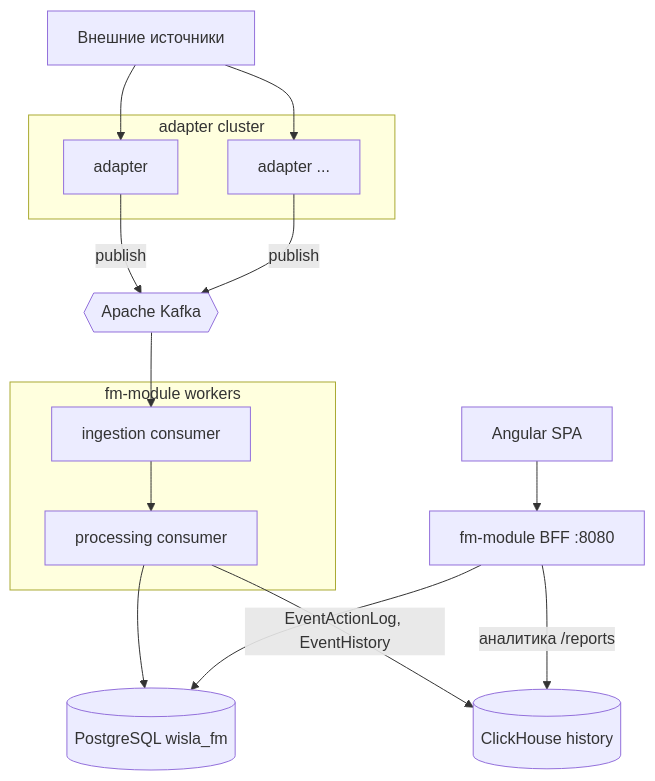
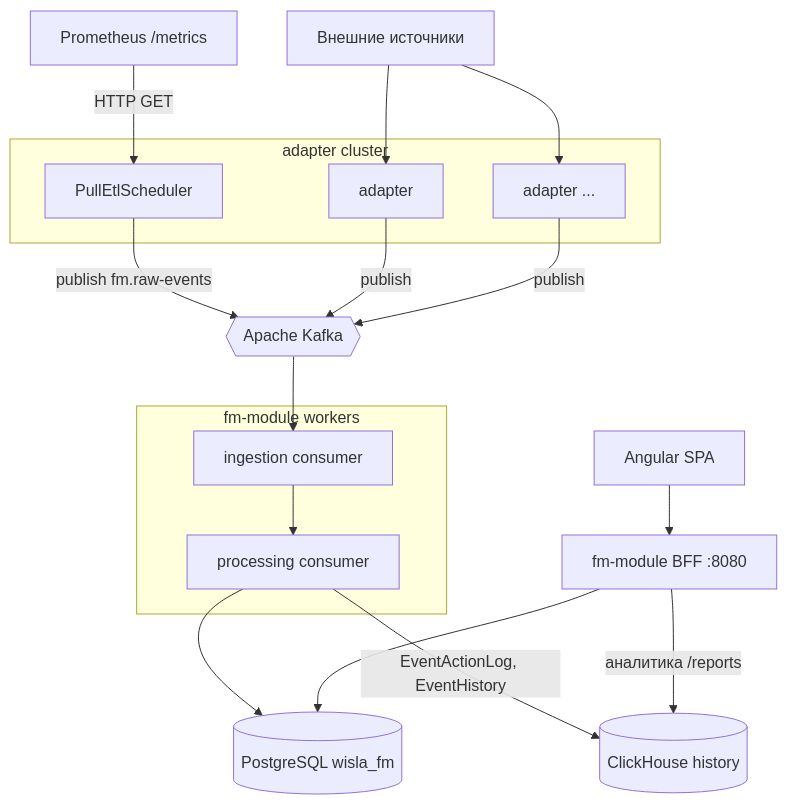
The second of 3 diagrams in docs/architecture.md (Hoochee/wisla-fault-management), drawn with Mermaid before and after one commit. The commit also changed other lines of this file and 221 other files, not shown here.

````diff
--- a/docs/architecture.md
+++ b/docs/architecture.md
@@ -104,31 +108,35 @@
 ```mermaid
 flowchart TB
     UI[Angular SPA]
     BFF[fm-module BFF :8080]
 
     subgraph adapter_cluster [adapter cluster]
         AD1[adapter]
         AD2[adapter ...]
+        PULL[PullEtlScheduler]
     end
 
     K{{Apache Kafka}}
     subgraph fm_workers [fm-module workers]
         W1[ingestion consumer]
         W2[processing consumer]
     end
 
     PG[(PostgreSQL wisla_fm)]
     CH[(ClickHouse history)]
     EXT[Внешние источники]
+    METRICS[Prometheus /metrics]
 
     EXT --> AD1
     EXT --> AD2
+    METRICS -->|HTTP GET| PULL
+    PULL -->|publish fm.raw-events| K
     AD1 -->|publish| K
     AD2 -->|publish| K
     K --> W1 --> W2
     W2 --> PG
     W2 -->|EventActionLog, EventHistory| CH
     UI --> BFF
     BFF --> PG
     BFF -->|аналитика /reports| CH
 ```
````
